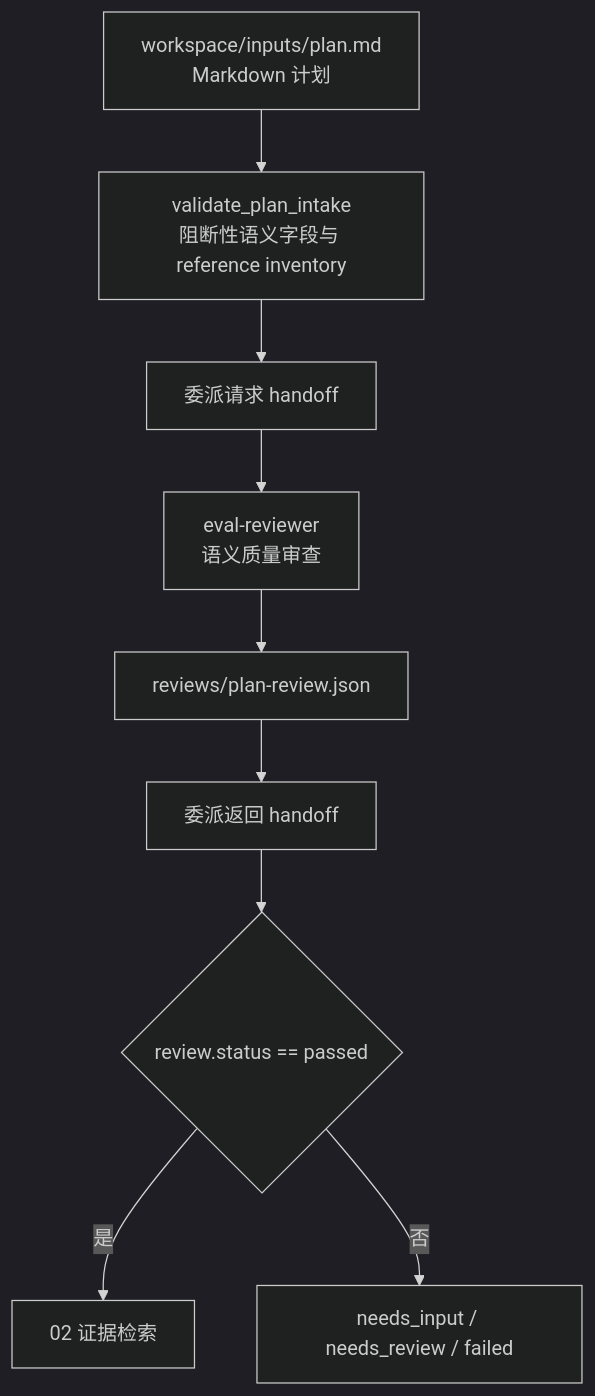
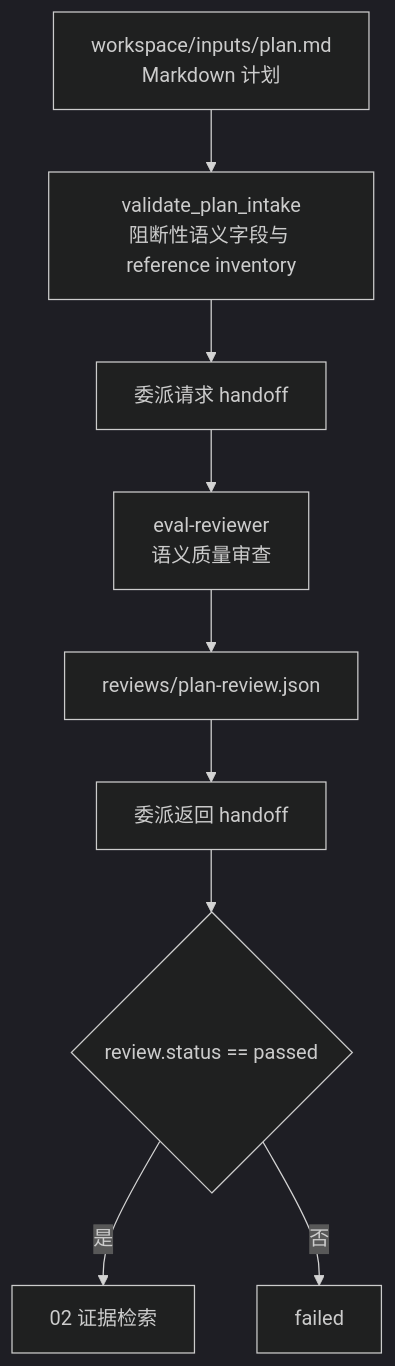
The diagram in harness/specs/01-plan-quality-gate/schema_mapping.md (mrzed891194322/Harness-driven-LCA-dev-agents), drawn with Mermaid (dark theme) before and after one commit. The commit also changed other lines of this file and 40 other files, not shown here.

````diff
--- a/harness/specs/01-plan-quality-gate/schema_mapping.md
+++ b/harness/specs/01-plan-quality-gate/schema_mapping.md
@@ -9,16 +9,16 @@
 ```mermaid
 flowchart TD
     plan["workspace/inputs/plan.md<br/>Markdown 计划"]
     validator["validate_plan_intake<br/>阻断性语义字段与 reference inventory"]
     request["委派请求 handoff"]
     reviewer["eval-reviewer<br/>语义质量审查"]
     review["reviews/plan-review.json"]
     returned["委派返回 handoff"]
     pass{"review.status == passed"}
     next["02 证据检索"]
-    stop["needs_input / needs_review / failed"]
+    stop["failed"]
 
     plan --> validator --> request --> reviewer --> review --> returned --> pass
     pass -->|是| next
     pass -->|否| stop
 ```
````
